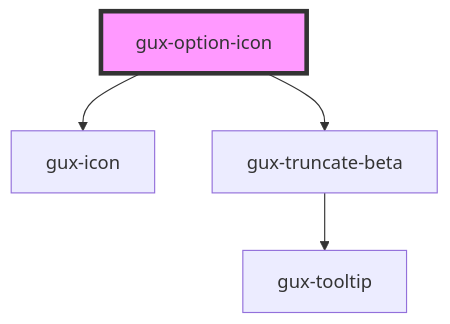
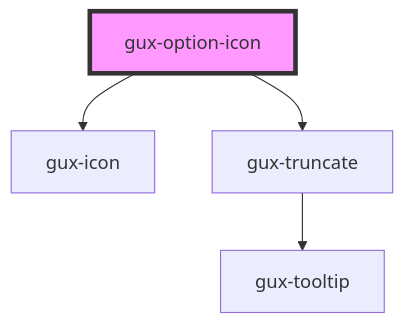
One commit to MyPureCloud/genesys-spark changed the diagram in packages/genesys-spark-components/src/components/stable/gux-listbox/options/gux-option-icon/readme.md. Above: the diagram before and after it, drawn with Mermaid. The commit also changed other lines of this file and 39 other files, not shown here.

First line of the commit message:
refactor(truncate): move from beta to stable

````diff
--- a/packages/genesys-spark-components/src/components/stable/gux-listbox/options/gux-option-icon/readme.md
+++ b/packages/genesys-spark-components/src/components/stable/gux-listbox/options/gux-option-icon/readme.md
@@ -38,7 +38,7 @@
 ```mermaid
 graph TD;
   gux-option-icon --> gux-icon
-  gux-option-icon --> gux-truncate-beta
-  gux-truncate-beta --> gux-tooltip
+  gux-option-icon --> gux-truncate
+  gux-truncate --> gux-tooltip
   style gux-option-icon fill:#f9f,stroke:#333,stroke-width:4px
 ```
````
